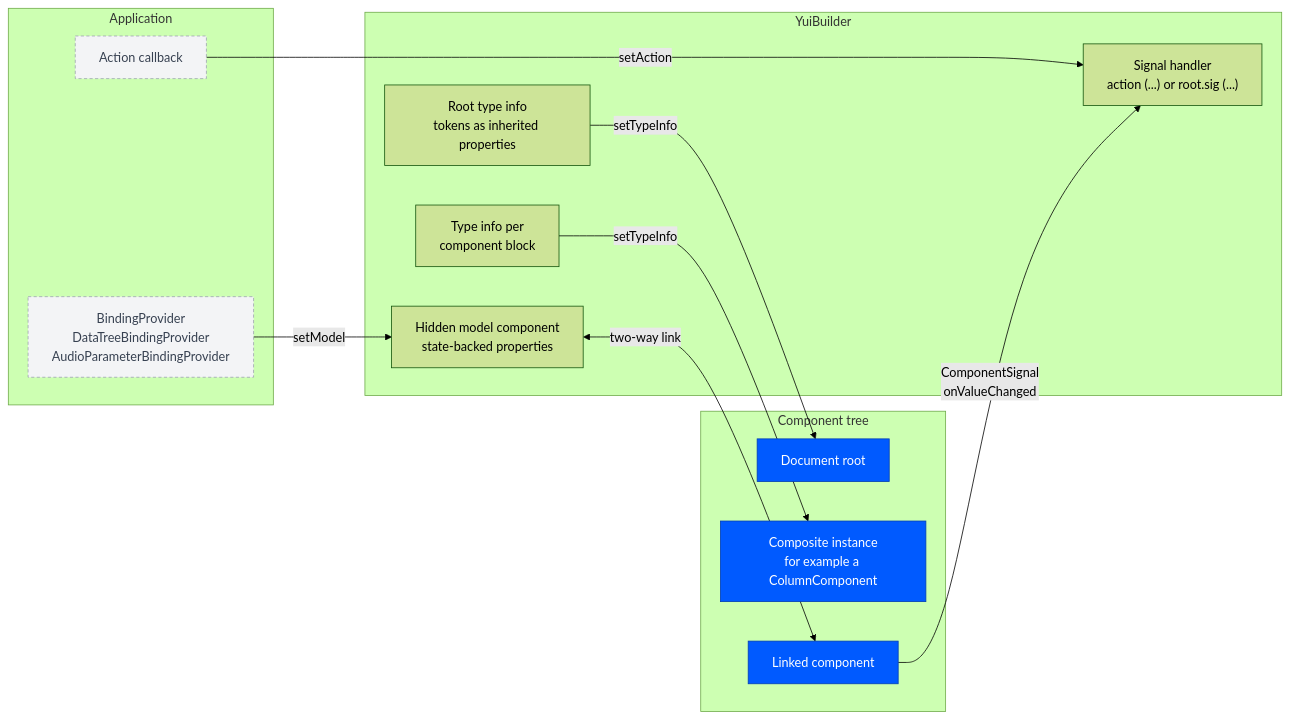
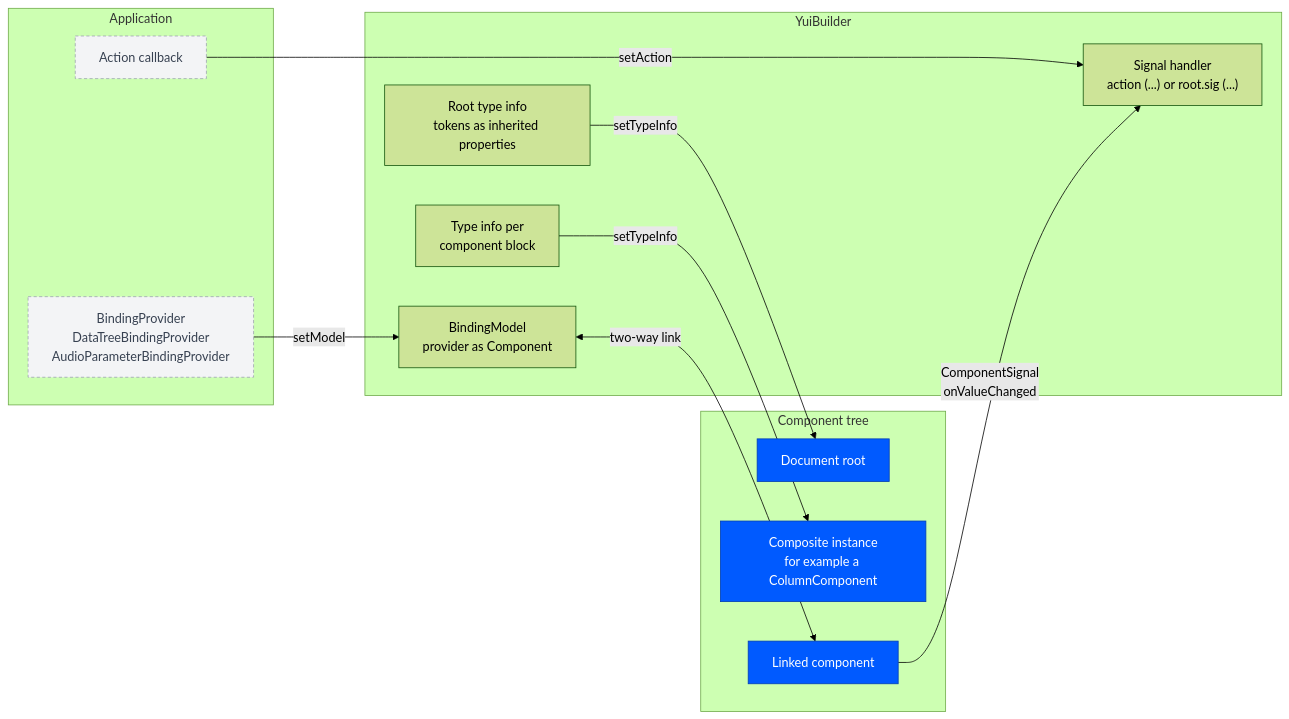
Before and after one commit to kunitoki/yup: the tenth of 10 diagrams in docs/ui/yui-architecture.md, drawn with Mermaid (forest theme). The commit also changed other lines of this file and 48 other files, not shown here.

````diff
--- a/docs/ui/yui-architecture.md
+++ b/docs/ui/yui-architecture.md
@@ -357,30 +363,30 @@
 ```mermaid
 flowchart LR
     subgraph appSide [Application]
         provider["BindingProvider<br/>DataTreeBindingProvider<br/>AudioParameterBindingProvider"]:::ext
         callback["Action callback"]:::ext
     end
 
     subgraph builderSide [YuiBuilder]
         tokens["Root type info<br/>tokens as inherited properties"]
         composite["Type info per<br/>component block"]
-        model["Hidden model component<br/>state-backed properties"]
+        model["BindingModel<br/>provider as Component"]
         handler["Signal handler<br/>action (...) or root.sig (...)"]
     end
 
     subgraph treeSide [Component tree]
         root["Document root"]:::self
         instance["Composite instance<br/>for example a ColumnComponent"]:::self
         linked["Linked component"]:::self
     end
 
     provider -- setModel --> model
     callback -- setAction --> handler
     tokens -- setTypeInfo --> root
     composite -- setTypeInfo --> instance
     model <-->|two-way link| linked
     linked -- "ComponentSignal<br/>onValueChanged" --> handler
 
     classDef self fill:#005aff,color:#fff,stroke:#003db3;
     classDef ext fill:#f3f4f6,color:#374151,stroke:#9ca3af,stroke-dasharray:4 3;
 ```
````
